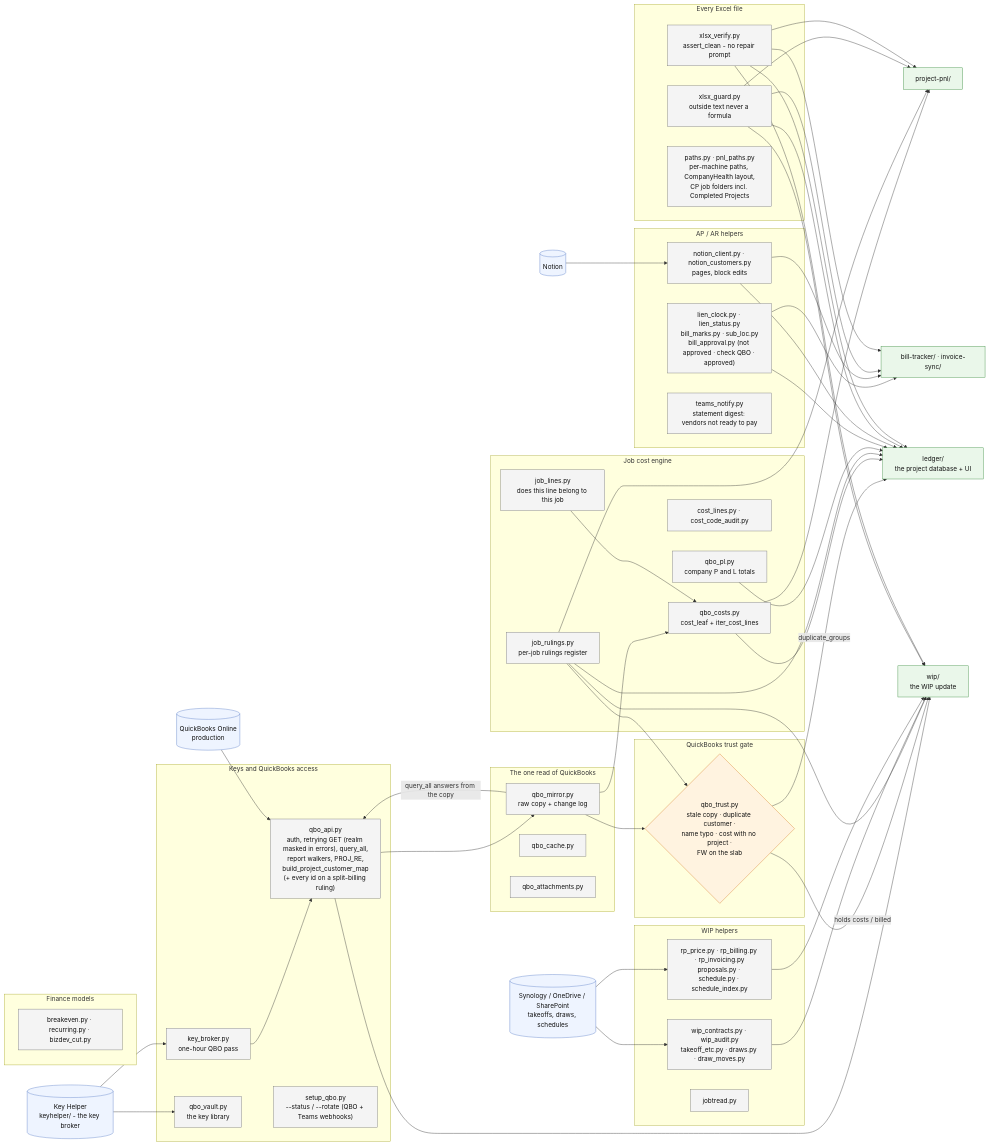
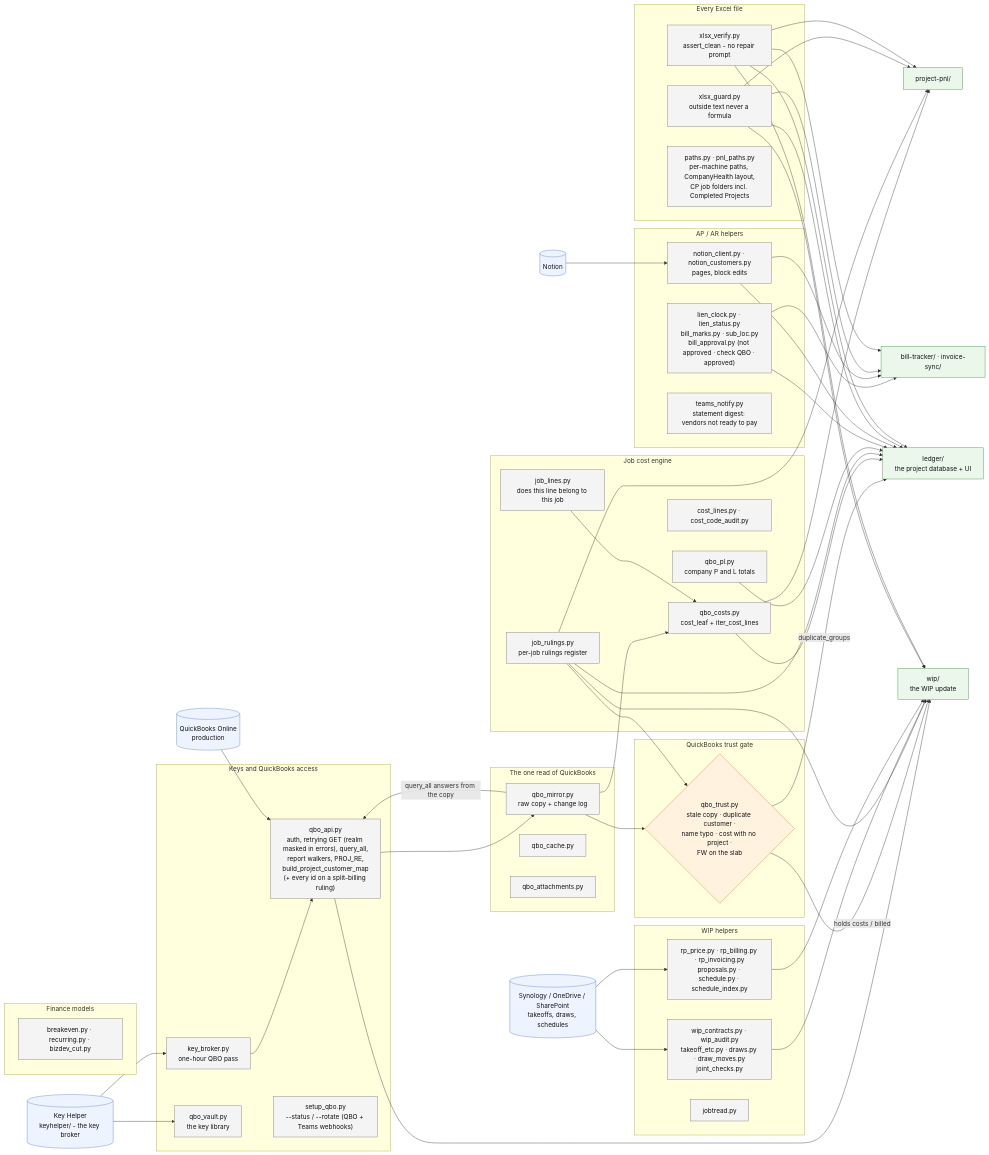
The diagram in shared/FLOW.md (Ecarlo-Proficient/Claude-Report), drawn with Mermaid before and after one commit. The commit also changed other lines of this file and 8 other files, not shown here.

```diff
--- a/shared/FLOW.md
+++ b/shared/FLOW.md
@@ -68,7 +68,7 @@
     JR --> QT
 
     subgraph WIPH["WIP helpers"]
-        WC["wip_contracts.py · wip_audit.py<br/>takeoff_etc.py · draws.py · draw_moves.py"]:::mod
+        WC["wip_contracts.py · wip_audit.py<br/>takeoff_etc.py · draws.py · draw_moves.py<br/>joint_checks.py"]:::mod
         RPP["rp_price.py · rp_billing.py · rp_invoicing.py<br/>proposals.py · schedule.py · schedule_index.py"]:::mod
         JT["jobtread.py"]:::mod
     end
```
